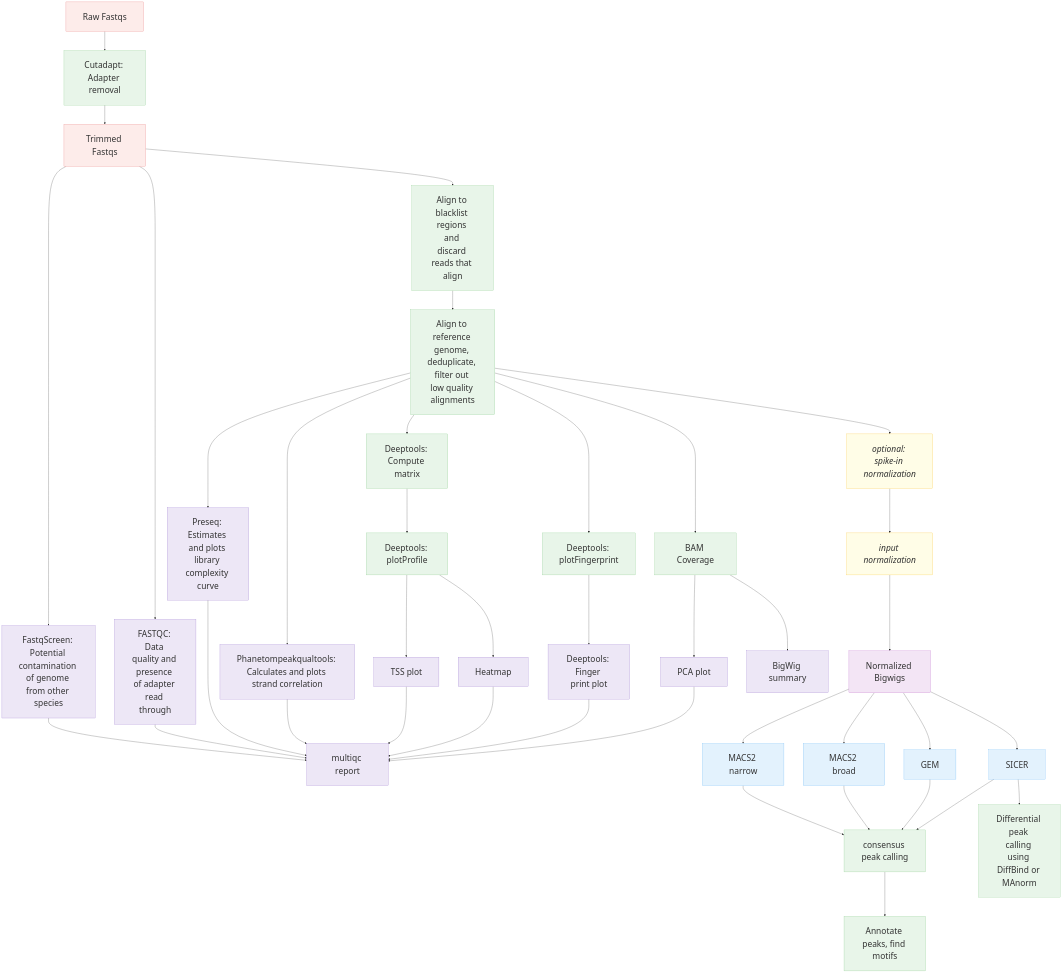
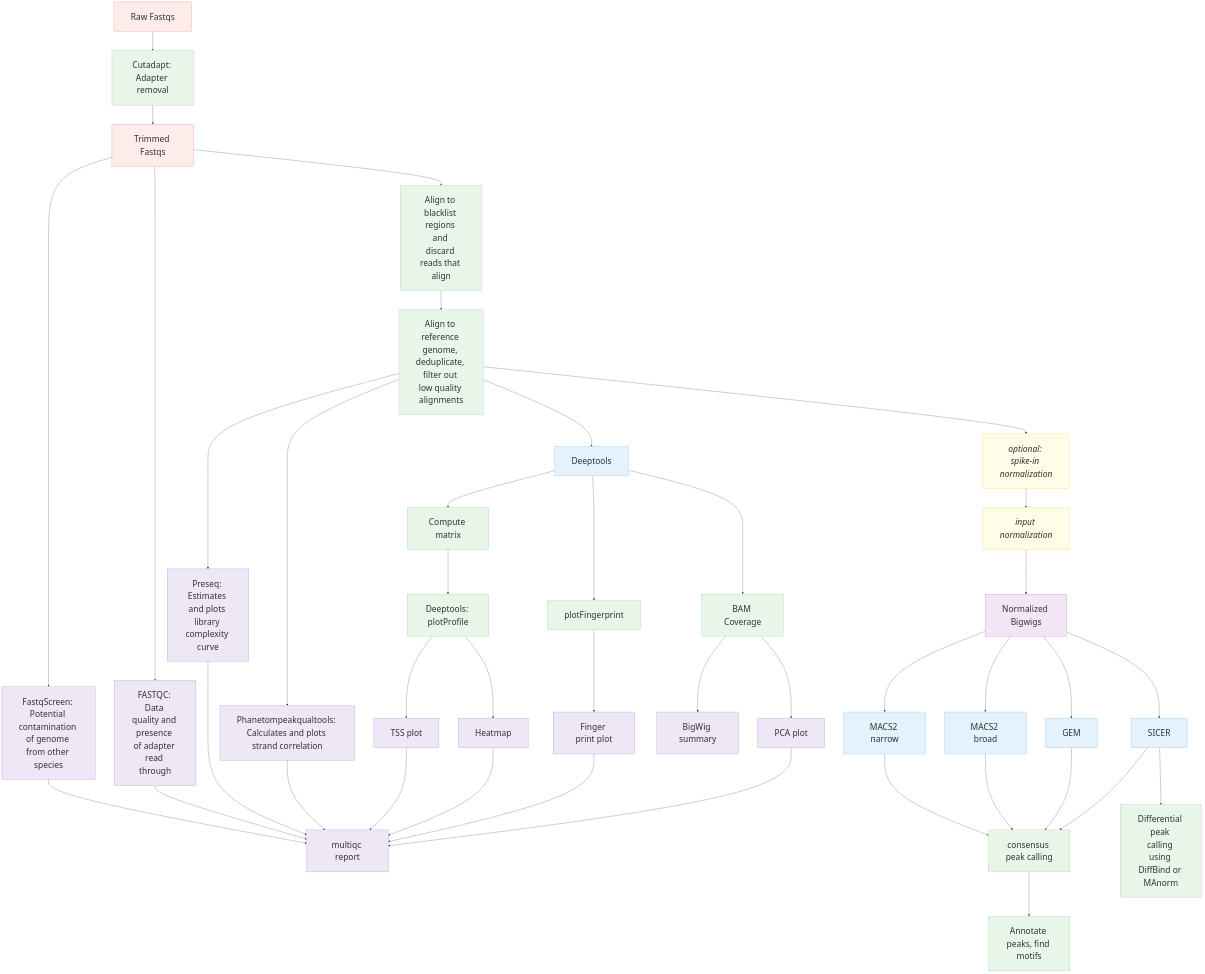
The first of 2 diagrams in docs/diagram/index.md (CCBR/CHAMPAGNE), drawn with Mermaid before and after one commit.

Commit message:
Consolidated deeptools nodes.

```diff
--- a/docs/diagram/index.md
+++ b/docs/diagram/index.md
@@ -44,16 +44,17 @@
   InputNorm --> NormBigwigs["Normalized Bigwigs"]:::data
 
   %% Deeptools steps
-  Align --> Matrix["Deeptools: Compute matrix"]:::process
+  Align --> Deeptools["Deeptools"]:::tool
+  Deeptools --> Matrix["Compute matrix"]:::process
   Matrix --> Profile["Deeptools: plotProfile"]:::process
   Profile --> TSSplot["TSS plot"]:::output
   Profile --> Heatmap["Heatmap"]:::output
   TSSplot --> MultiQC
   Heatmap --> MultiQC
-  Align --> fingerprint["Deeptools: plotFingerprint"]:::process
-  fingerprint --> fingerprintplot["Deeptools: Finger print plot"]:::output
+  Deeptools --> fingerprint["plotFingerprint"]:::process
+  fingerprint --> fingerprintplot["Finger print plot"]:::output
   fingerprintplot --> MultiQC
-  Align --> BAMcov["BAM Coverage"]:::process
+  Deeptools --> BAMcov["BAM Coverage"]:::process
   BAMcov --> PCA["PCA plot"]:::output & Bigwig["BigWig summary"]:::output
   PCA --> MultiQC
 
```
